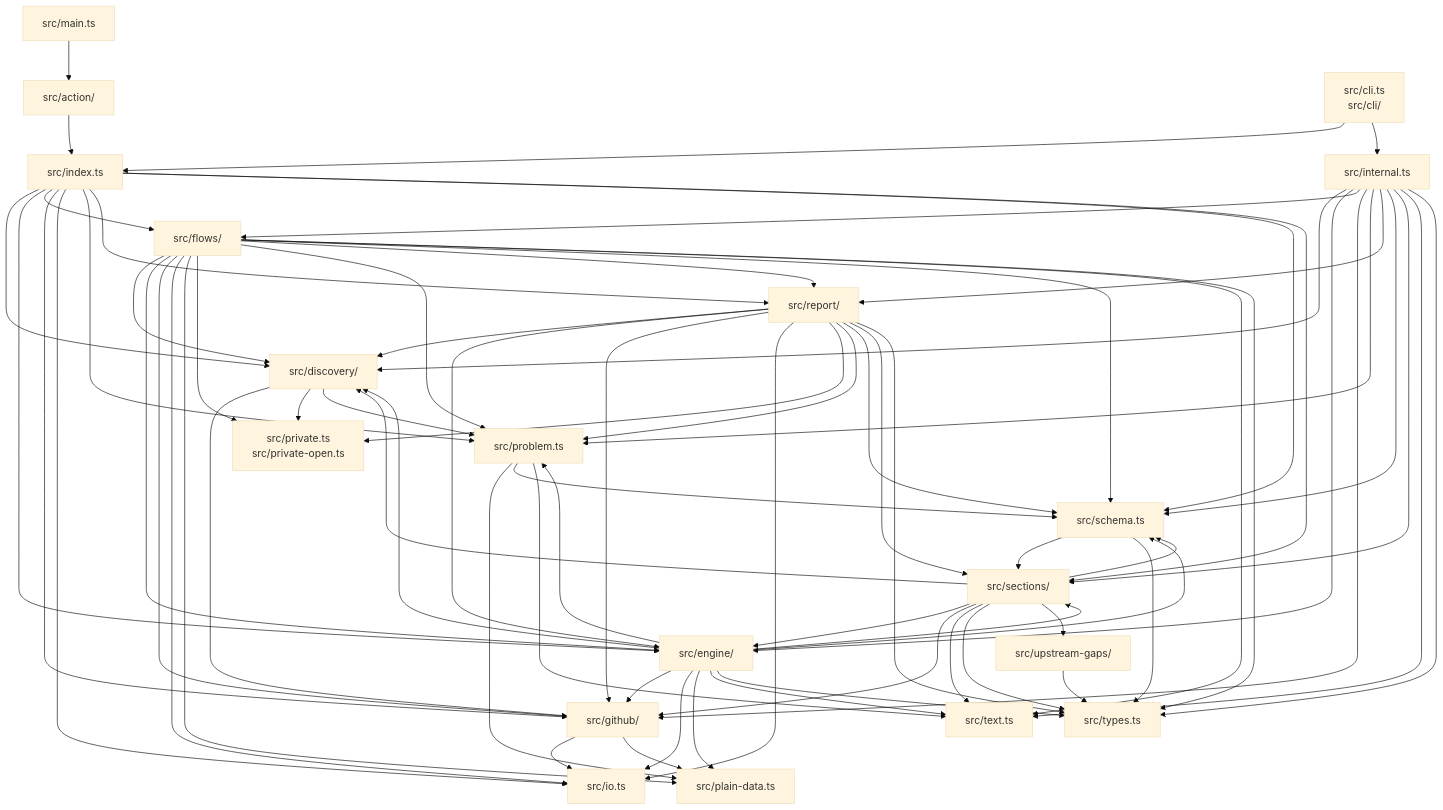
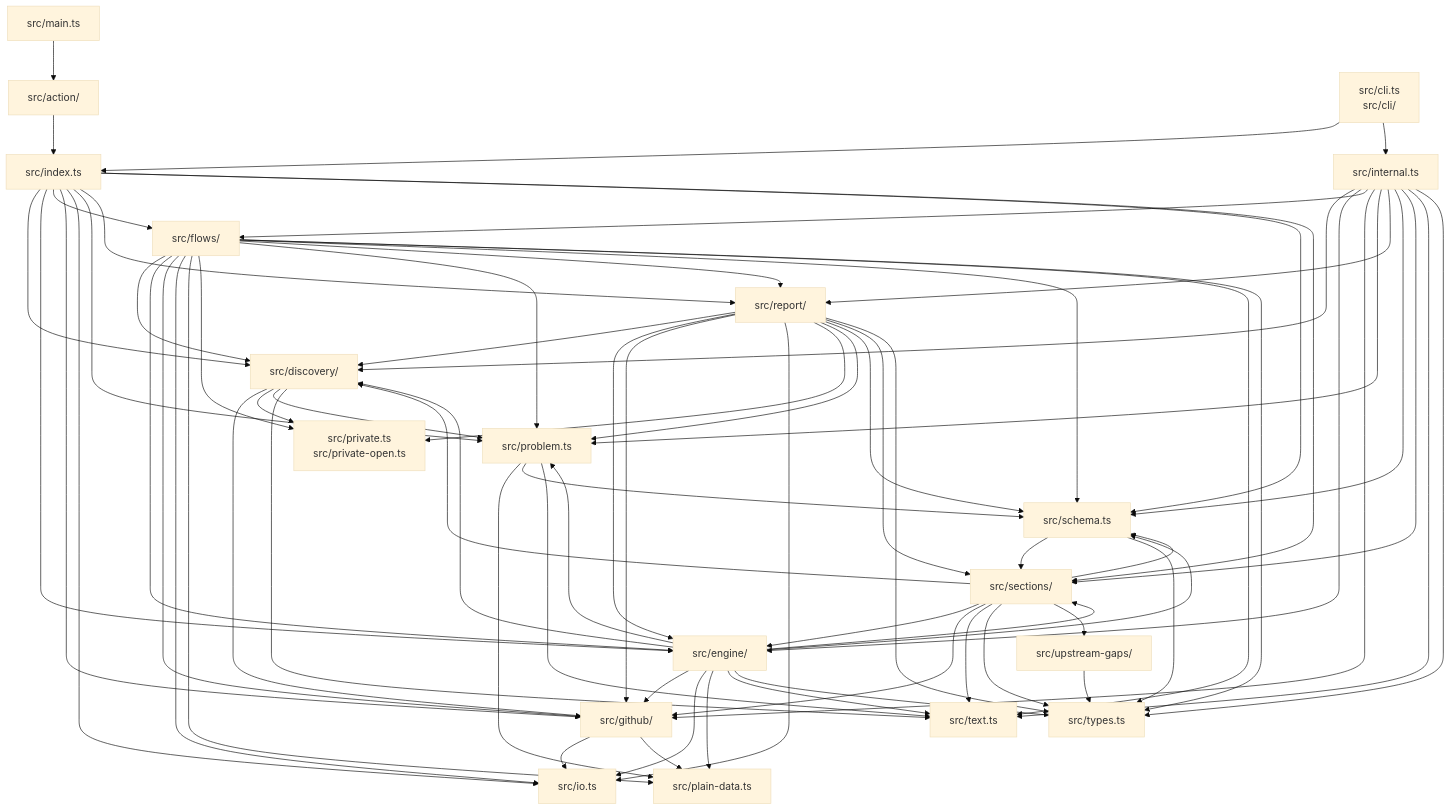
The eighth of 8 diagrams in docs/reference/architecture.md (Vivswan/github-settings-as-code), drawn with Mermaid (base theme) before and after one commit. The commit also changed 17 other files, not shown here.

```diff
--- a/docs/reference/architecture.md
+++ b/docs/reference/architecture.md
@@ -302,6 +302,7 @@
   discovery --> github
   discovery --> private
   discovery --> problem
+  discovery --> text
   report --> discovery
   report --> engine
   report --> github
```
